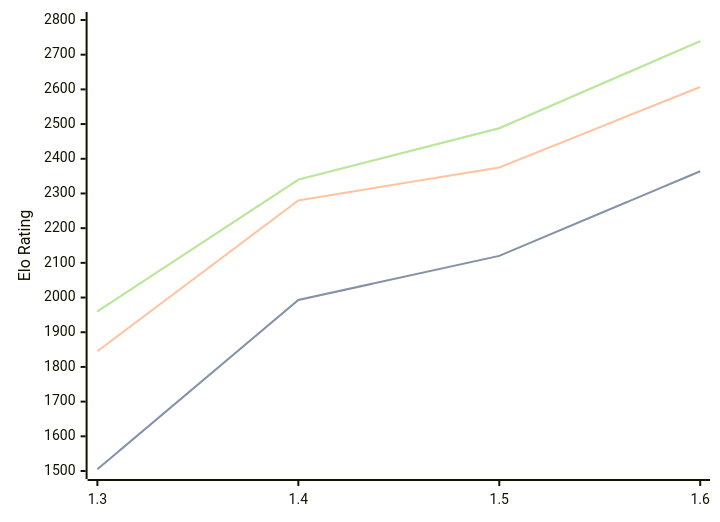
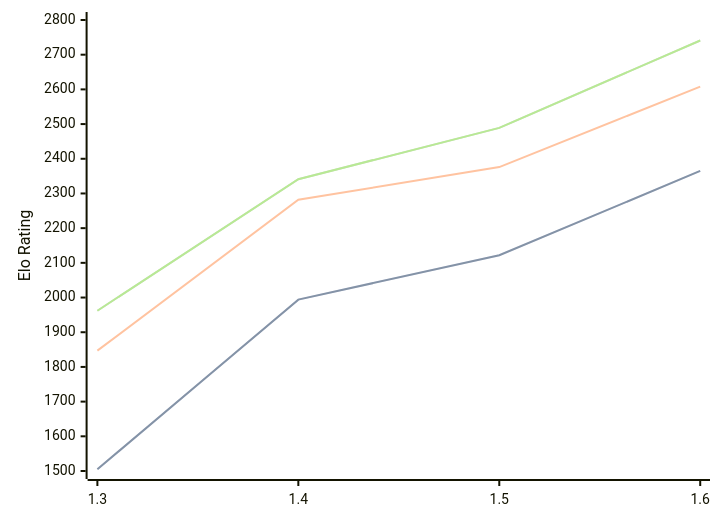
The diagram in engines/Facon.md (computer-chess-index/cci), drawn with Mermaid before and after one commit. The commit also changed other lines of this file, not shown here.

Commit message:
Update CCI Ratings (ELO VLTC) - 2026-08-09

````diff
--- a/engines/Facon.md
+++ b/engines/Facon.md
@@ -35,11 +35,11 @@
 ```mermaid
 %%{init: {"theme":"base","themeVariables":{"seriesColors:['#a3a3a3','#222221','#faa371']}}}%%
 xychart-beta
   x-axis ["1.3", "1.4", "1.5", "1.6"]
   y-axis "Elo Rating" 1500 --> 2800
-  line "STC (8.0+0.08s)" [1505, 1993, 2120, 2364]
-  line "STC (8.0+0.08s)" [1505, 1993, 2120, 2364]
-  line "LTC (60.0+0.60s)" [1845, 2280, 2375, 2607]
-  line "VLTC (2m24s+1.12s)" [1960, 2340, 2488, 2739]
-  line "VLTC (2m24s+1.12s)" [1960, 2340, 2488, 2739]
+  line "STC (8.0+0.08s)" [1505, 1994, 2122, 2365]
+  line "STC (8.0+0.08s)" [1505, 1994, 2122, 2365]
+  line "LTC (60.0+0.60s)" [1847, 2282, 2376, 2608]
+  line "VLTC (2m24s+1.12s)" [1962, 2341, 2489, 2741]
+  line "VLTC (2m24s+1.12s)" [1962, 2341, 2489, 2741]
 ```
````
